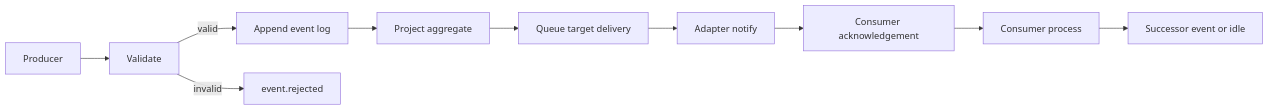
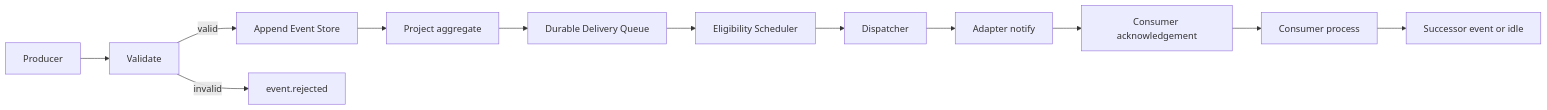
The diagram in docs/protocol/01-communication-protocol.md (tinhnvAdnetplus/design-document), drawn with Mermaid before and after one commit. The commit also changed other lines of this file and 35 other files, not shown here.

```diff
--- a/docs/protocol/01-communication-protocol.md
+++ b/docs/protocol/01-communication-protocol.md
@@ -18,12 +18,14 @@
 ~~~mermaid
 flowchart LR
     P[Producer] --> V[Validate]
-    V -->|valid| L[Append event log]
+    V -->|valid| L[Append Event Store]
     V -->|invalid| R[event.rejected]
     L --> S[Project aggregate]
-    S --> Q[Queue target delivery]
-    Q --> A[Adapter notify]
+    S --> Q[Durable Delivery Queue]
+    Q --> E[Eligibility Scheduler]
+    E --> D[Dispatcher]
+    D --> A[Adapter notify]
     A --> K[Consumer acknowledgement]
     K --> C[Consumer process]
     C --> N[Successor event or idle]
 ~~~
```
